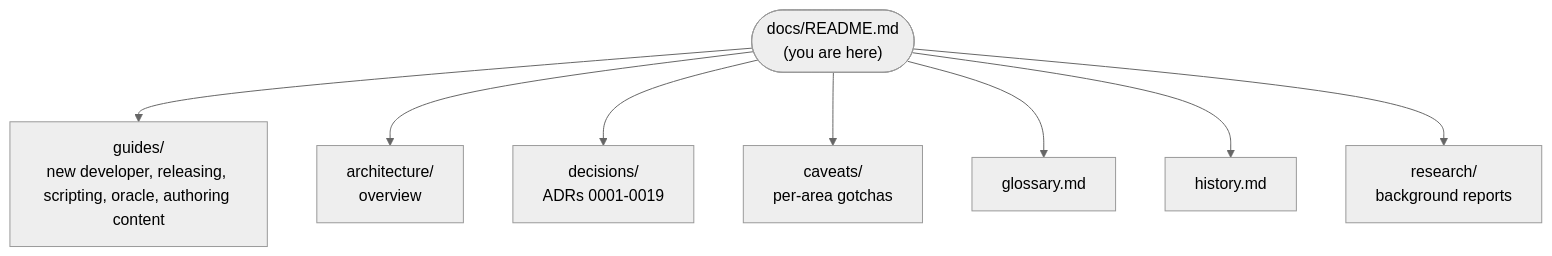
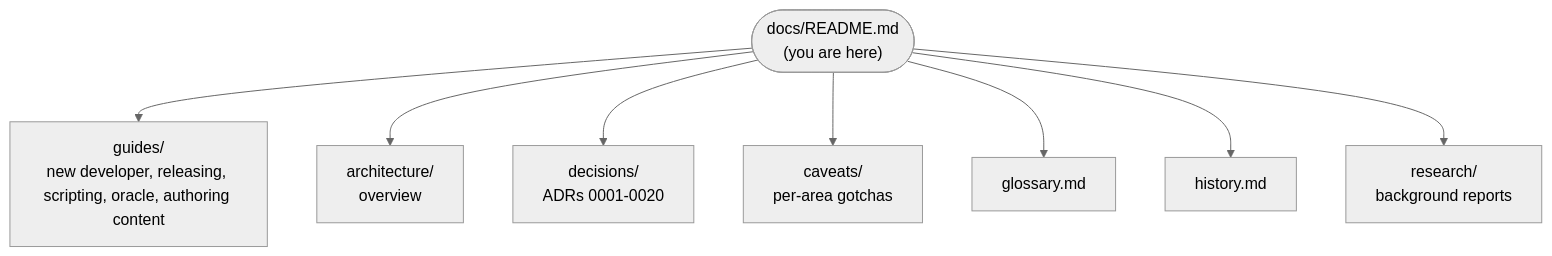
Before and after one commit to joebarbere/controls: the diagram in docs/README.md, drawn with Mermaid (neutral theme). The commit also changed other lines of this file and 140 other files, not shown here.

````diff
--- a/docs/README.md
+++ b/docs/README.md
@@ -5,11 +5,11 @@
 ```mermaid
 flowchart TD
     HUB(["docs/README.md<br/>(you are here)"])
     HUB --> G["guides/<br/>new developer, releasing, scripting, oracle, authoring content"]
     HUB --> A["architecture/<br/>overview"]
-    HUB --> D["decisions/<br/>ADRs 0001-0019"]
+    HUB --> D["decisions/<br/>ADRs 0001-0020"]
     HUB --> C["caveats/<br/>per-area gotchas"]
     HUB --> GL["glossary.md"]
     HUB --> H["history.md"]
     HUB --> R["research/<br/>background reports"]
 ```
````
